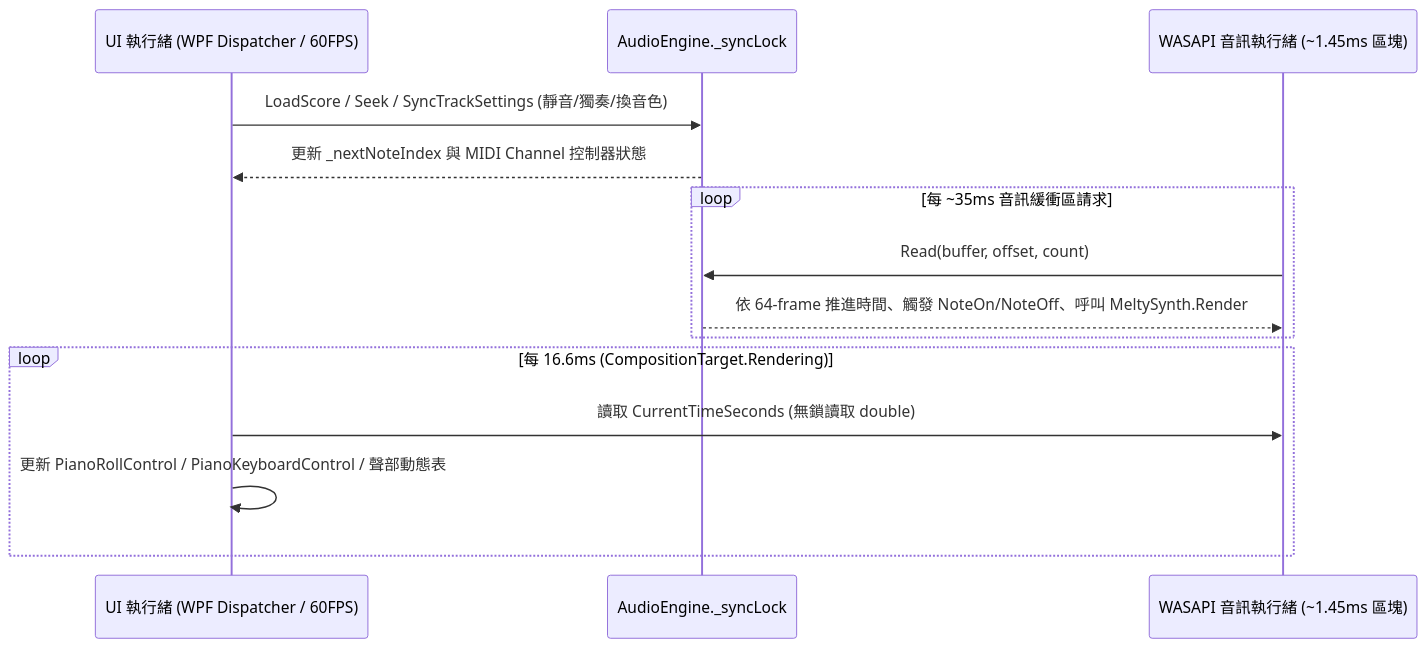
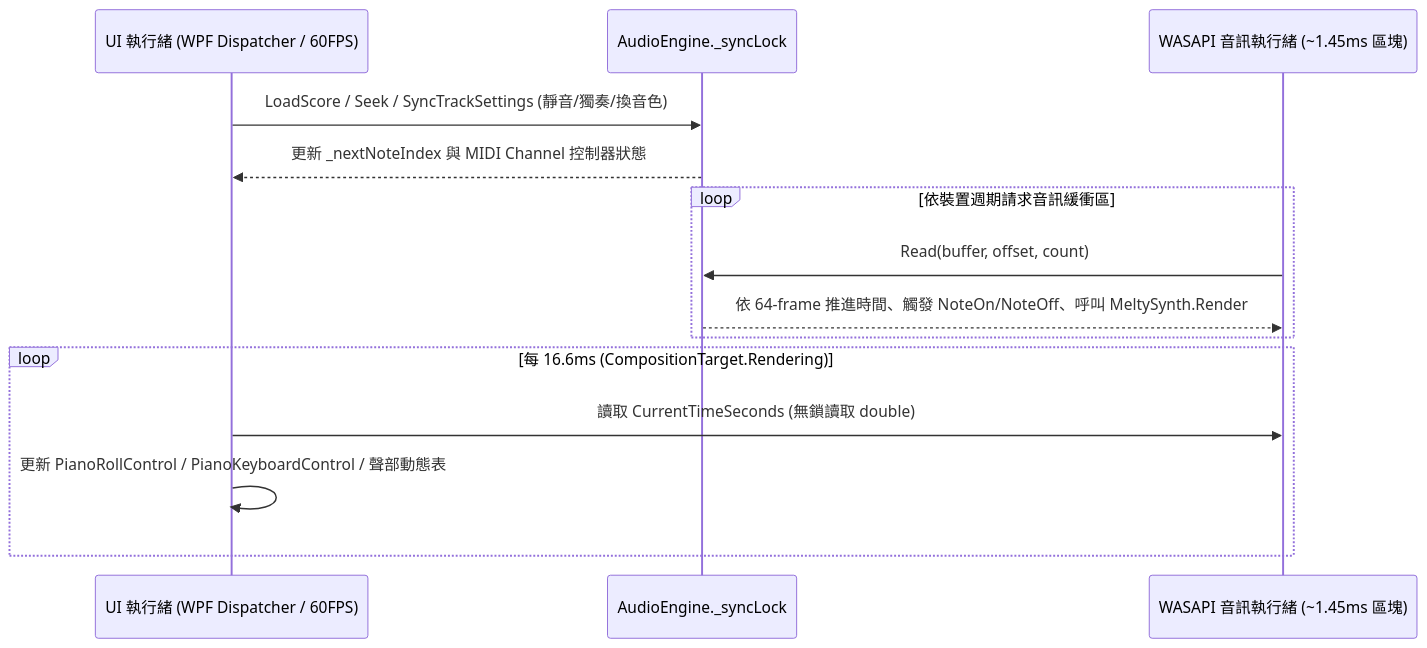
The second of 2 diagrams in docs/ARCHITECTURE.md (mark216tw/win-musicxmlplayer-01), drawn with Mermaid before and after one commit. The commit also changed other lines of this file and 23 other files, not shown here.

````diff
--- a/docs/ARCHITECTURE.md
+++ b/docs/ARCHITECTURE.md
@@ -112,17 +124,17 @@
 ```mermaid
 sequenceDiagram
     participant UI as UI 執行緒 (WPF Dispatcher / 60FPS)
     participant Lock as AudioEngine._syncLock
     participant Audio as WASAPI 音訊執行緒 (~1.45ms 區塊)
 
     UI->>Lock: LoadScore / Seek / SyncTrackSettings (靜音/獨奏/換音色)
     Lock-->>UI: 更新 _nextNoteIndex 與 MIDI Channel 控制器狀態
-    loop 每 ~35ms 音訊緩衝區請求
+    loop 依裝置週期請求音訊緩衝區
         Audio->>Lock: Read(buffer, offset, count)
         Lock-->>Audio: 依 64-frame 推進時間、觸發 NoteOn/NoteOff、呼叫 MeltySynth.Render
     end
     loop 每 16.6ms (CompositionTarget.Rendering)
         UI->>Audio: 讀取 CurrentTimeSeconds (無鎖讀取 double)
         UI->>UI: 更新 PianoRollControl / PianoKeyboardControl / 聲部動態表
     end
 ```
````
